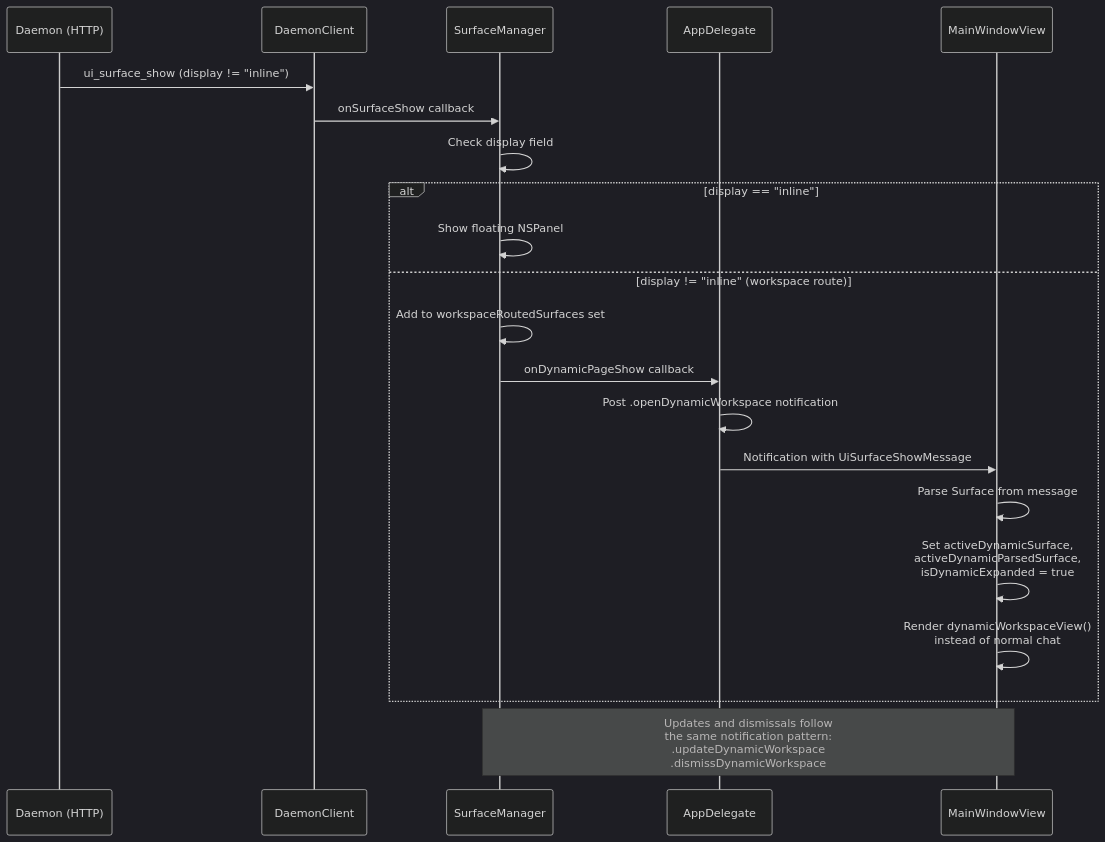
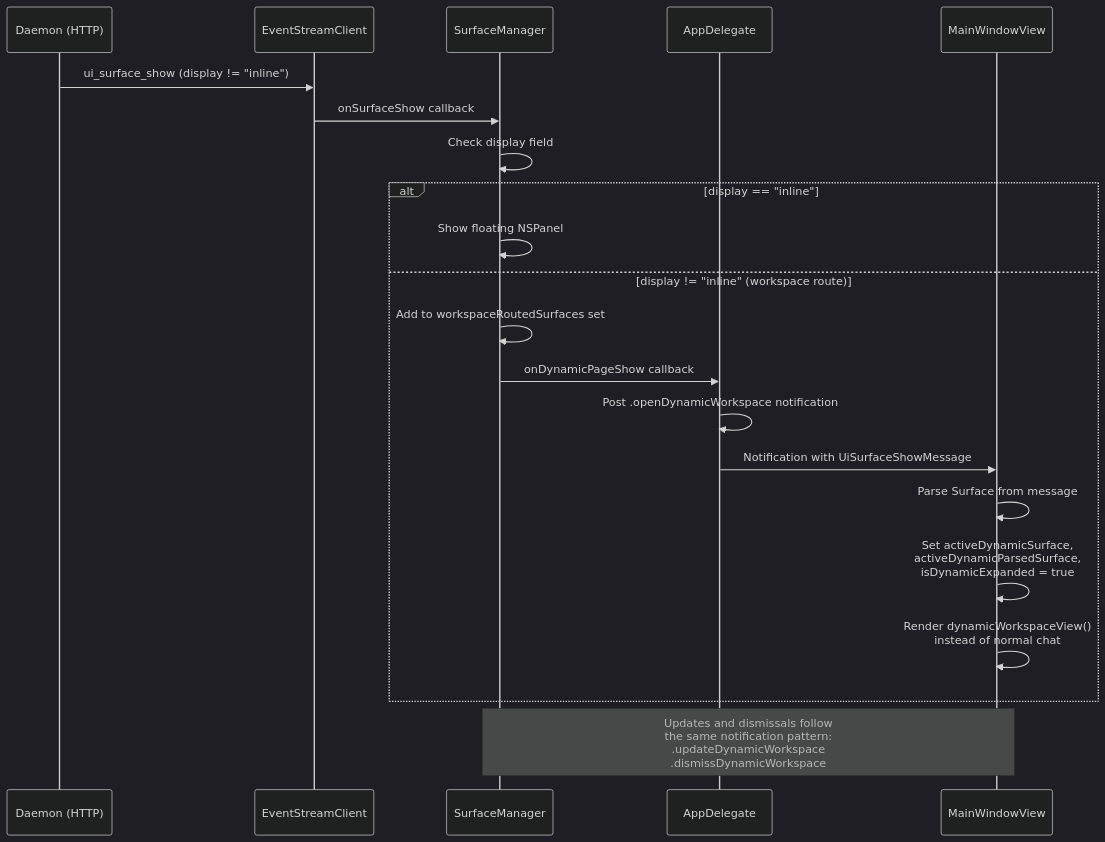
The fourth of 6 diagrams in clients/ARCHITECTURE.md (vellum-ai/vellum-assistant), drawn with Mermaid (dark theme) before and after one commit. The commit also changed other lines of this file and 2 other files, not shown here.

Commit message:
docs: remove all stale DaemonClient/HTTPTransport references from ARCHITECTURE.md, README.md, and macos/README.md

````diff
--- a/clients/ARCHITECTURE.md
+++ b/clients/ARCHITECTURE.md
@@ -268,25 +268,25 @@
 ```mermaid
 sequenceDiagram
     participant Daemon as Daemon (HTTP)
-    participant DC as DaemonClient
+    participant ES as EventStreamClient
     participant SM as SurfaceManager
     participant AD as AppDelegate
     participant MW as MainWindowView
 
-    Daemon->>DC: ui_surface_show (display != "inline")
-    DC->>SM: onSurfaceShow callback
+    Daemon->>ES: ui_surface_show (display != "inline")
+    ES->>SM: onSurfaceShow callback
     SM->>SM: Check display field
     alt display == "inline"
         SM->>SM: Show floating NSPanel
     else display != "inline" (workspace route)
         SM->>SM: Add to workspaceRoutedSurfaces set
         SM->>AD: onDynamicPageShow callback
         AD->>AD: Post .openDynamicWorkspace notification
         AD->>MW: Notification with UiSurfaceShowMessage
         MW->>MW: Parse Surface from message
         MW->>MW: Set activeDynamicSurface,<br/>activeDynamicParsedSurface,<br/>isDynamicExpanded = true
         MW->>MW: Render dynamicWorkspaceView()<br/>instead of normal chat
     end
 
     Note over SM,MW: Updates and dismissals follow<br/>the same notification pattern:<br/>.updateDynamicWorkspace<br/>.dismissDynamicWorkspace
 ```
````
